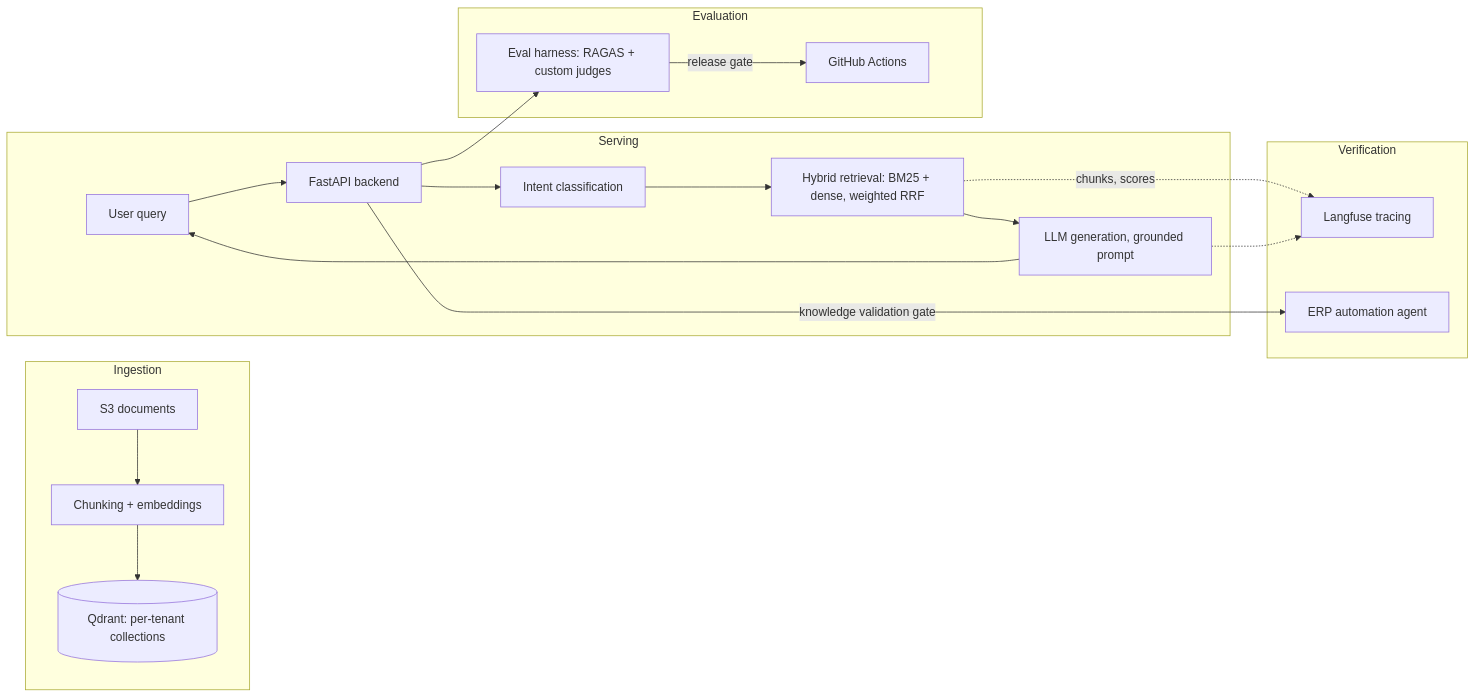
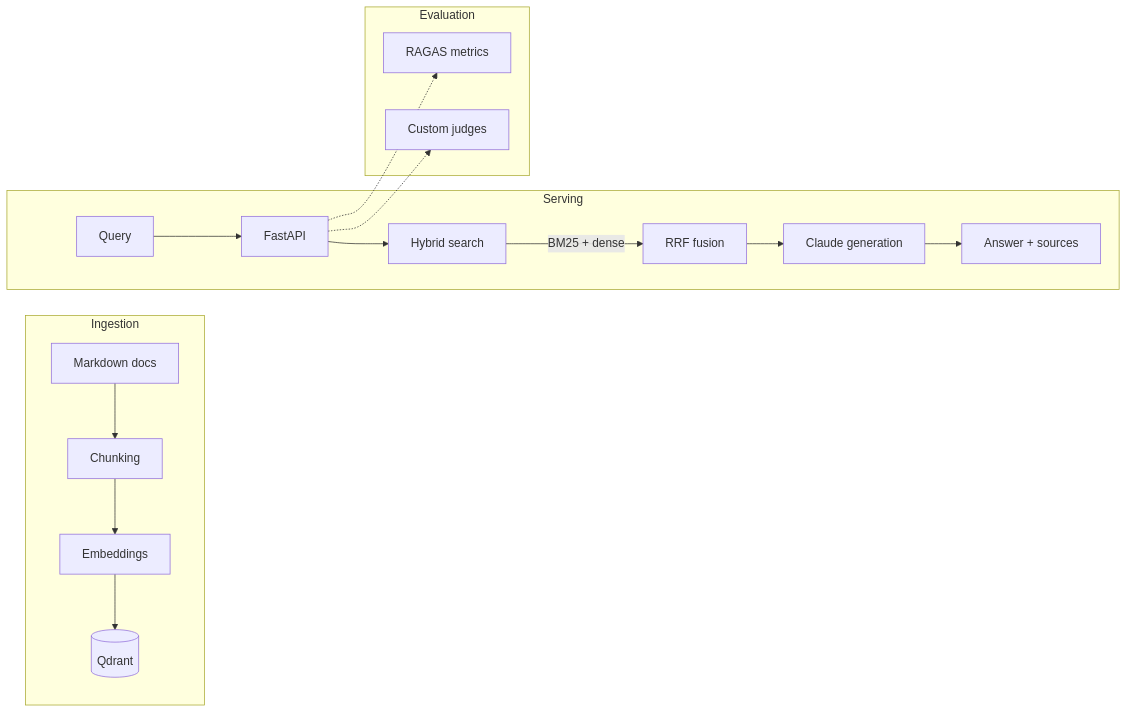
The diagram in README.md (WaiteM124/miles-rag), drawn with Mermaid before and after one commit. The commit also changed other lines of this file and 17 other files, not shown here.

````diff
--- a/README.md
+++ b/README.md
@@ -21,23 +17,19 @@
 ```mermaid
 flowchart LR
     subgraph Ingestion
-        S3[S3 documents] --> CH[Chunking + embeddings]
-        CH --> QD[(Qdrant: per-tenant collections)]
+        MD[Markdown docs] --> CH[Chunking]
+        CH --> EMB[Embeddings]
+        EMB --> QD[(Qdrant)]
     end
     subgraph Serving
-        U[User query] --> API[FastAPI backend]
-        API --> IC[Intent classification]
-        IC --> RET[Hybrid retrieval: BM25 + dense, weighted RRF]
-        RET --> GEN[LLM generation, grounded prompt]
-        GEN --> U
-    end
-    subgraph Verification
-        RET -.->|chunks, scores| LF[Langfuse tracing]
-        GEN -.-> LF
-        API -->|knowledge validation gate| AGENT[ERP automation agent]
+        Q[Query] --> API[FastAPI]
+        API --> HYB[Hybrid search]
+        HYB --> |BM25 + dense| RRF[RRF fusion]
+        RRF --> GEN[Claude generation]
+        GEN --> A[Answer + sources]
     end
     subgraph Evaluation
-        API --> EV[Eval harness: RAGAS + custom judges]
-        EV -->|release gate| CI[GitHub Actions]
+        API -.-> RAGAS[RAGAS metrics]
+        API -.-> JUDGE[Custom judges]
     end
 ```
````
